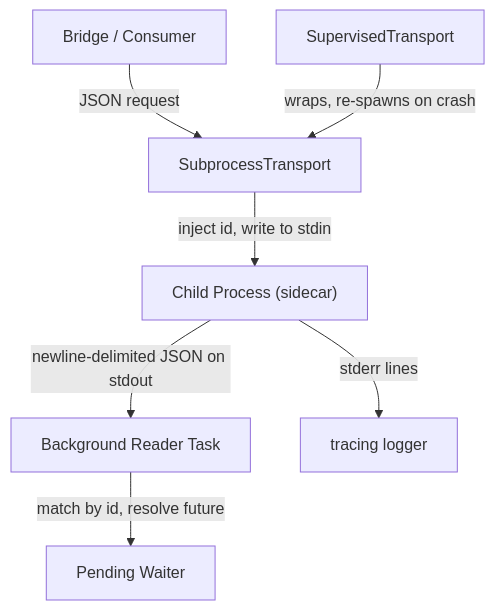
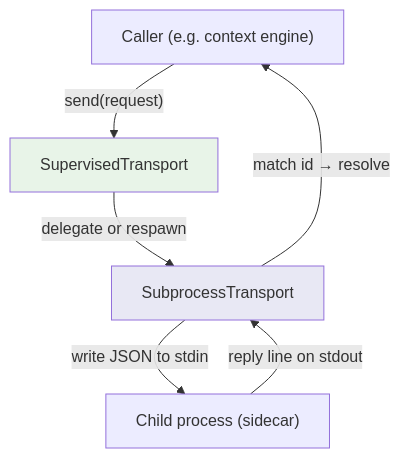
One commit to leszek3737/librefang-WIki changed the diagram in other-librefang-subprocess.md. Above: the diagram before and after it, drawn with Mermaid. The commit also changed other lines of this file and 122 other files, not shown here.

````diff
--- a/other-librefang-subprocess.md
+++ b/other-librefang-subprocess.md
@@ -24,9 +17,16 @@
 ```mermaid
 graph TD
-    Caller["Bridge / Consumer"] -->|JSON request| ST["SubprocessTransport"]
-    ST -->|inject id, write to stdin| Child["Child Process (sidecar)"]
-    Child -->|newline-delimited JSON on stdout| BG["Background Reader Task"]
-    BG -->|match by id, resolve future| Waiter["Pending Waiter"]
-    Child -->|stderr lines| Log["tracing logger"]
-    ST2["SupervisedTransport"] -->|wraps, re-spawns on crash| ST
+    Caller["Caller (e.g. context engine)"]
+    ST["SupervisedTransport"]
+    RT["SubprocessTransport"]
+    Child["Child process (sidecar)"]
+
+    Caller -->|"send(request)"| ST
+    ST -->|"delegate or respawn"| RT
+    RT -->|"write JSON to stdin"| Child
+    Child -->|"reply line on stdout"| RT
+    RT -->|"match id → resolve"| Caller
+
+    style ST fill:#e8f4e8
+    style RT fill:#e8e8f4
 ```
````
